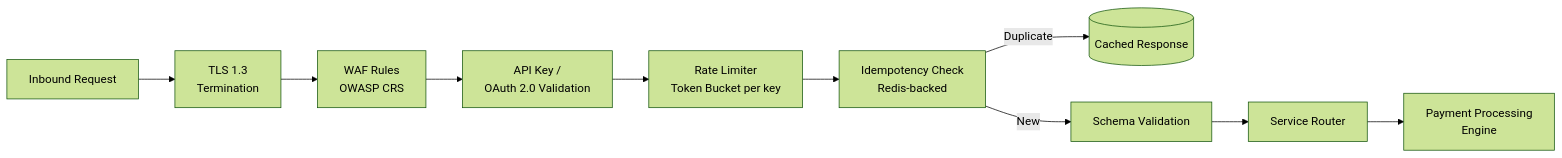
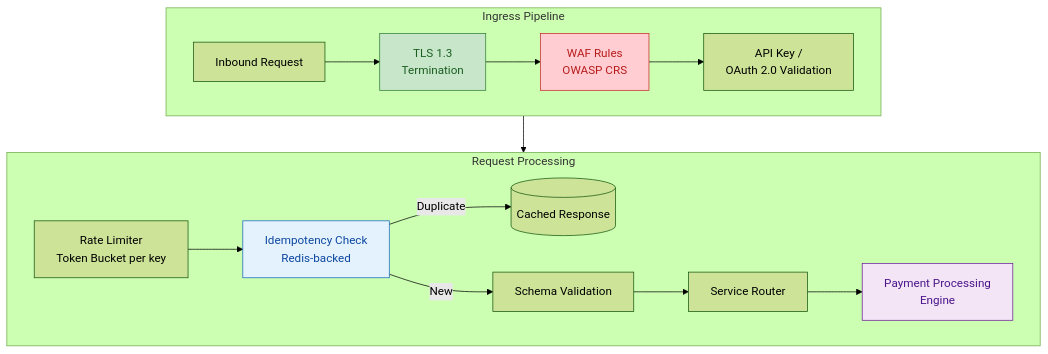
One commit to gurkanindibay/azure_learning changed the ninth of 35 diagrams in architecture-general/09-industry-specialized-architectures/9.1.1-financial-services-architecture/9.1.1.4-turkish-payment-system-architecture.md. Above: the diagram before and after it, drawn with Mermaid (forest theme). The commit also changed other lines of this file, not shown here.

Commit message:
Reevaluated stripe payment system  document

````diff
--- a/architecture-general/09-industry-specialized-architectures/9.1.1-financial-services-architecture/9.1.1.4-turkish-payment-system-architecture.md
+++ b/architecture-general/09-industry-specialized-architectures/9.1.1-financial-services-architecture/9.1.1.4-turkish-payment-system-architecture.md
@@ -372,12 +467,25 @@
 ```mermaid
-flowchart LR
-    REQ[Inbound Request] --> TLS[TLS 1.3\nTermination]
-    TLS --> WAF_CHK[WAF Rules\nOWASP CRS]
-    WAF_CHK --> AUTH_CHK[API Key /\nOAuth 2.0 Validation]
-    AUTH_CHK --> RATE[Rate Limiter\nToken Bucket per key]
-    RATE --> IDEM[Idempotency Check\nRedis-backed]
-    IDEM -->|Duplicate| CACHED[(Cached Response)]
-    IDEM -->|New| VALID[Schema Validation]
-    VALID --> ROUTE[Service Router]
-    ROUTE --> PPE_SVC[Payment Processing\nEngine]
+flowchart TB
+    subgraph INGRESS["Ingress Pipeline"]
+        direction LR
+        REQ[Inbound Request] --> TLS[TLS 1.3<br/>Termination]
+        TLS --> WAF_CHK[WAF Rules<br/>OWASP CRS]
+        WAF_CHK --> AUTH_CHK[API Key /<br/>OAuth 2.0 Validation]
+    end
+
+    subgraph PROCESSING["Request Processing"]
+        direction LR
+        RATE[Rate Limiter<br/>Token Bucket per key] --> IDEM[Idempotency Check<br/>Redis-backed]
+        IDEM -->|Duplicate| CACHED[(Cached Response)]
+        IDEM -->|New| VALID[Schema Validation]
+        VALID --> ROUTE[Service Router]
+        ROUTE --> PPE_SVC[Payment Processing<br/>Engine]
+    end
+
+    AUTH_CHK --> RATE
+
+    style TLS fill:#c8e6c9,stroke:#2e7d32,color:#1b5e20
+    style WAF_CHK fill:#ffcdd2,stroke:#c62828,color:#b71c1c
+    style IDEM fill:#e3f2fd,stroke:#1565c0,color:#0d47a1
+    style PPE_SVC fill:#f3e5f5,stroke:#6a1b9a,color:#4a148c
 ```
````
